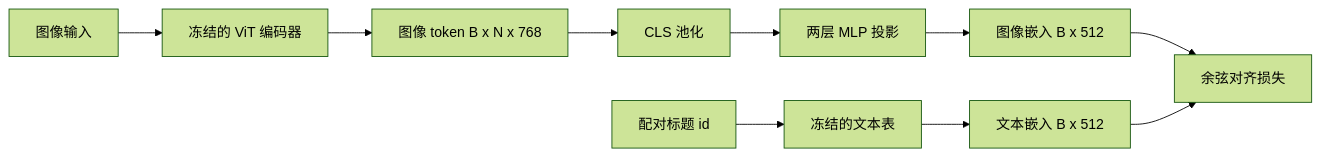
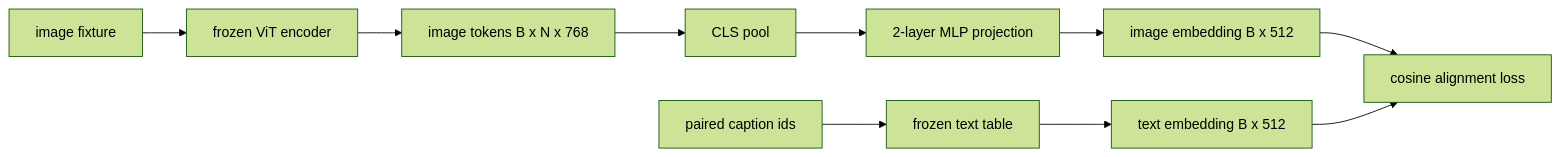
The diagram in i18n/zh/phases/19-capstone-projects/60-projection-layer-modality-align/docs/zh.md (xiaojiaenen/ai-engineering-from-scratch-zh), drawn with Mermaid (forest theme) before and after one commit. The commit also changed other lines of this file and 85 other files, not shown here.

````diff
--- a/i18n/zh/phases/19-capstone-projects/60-projection-layer-modality-align/docs/zh.md
+++ b/i18n/zh/phases/19-capstone-projects/60-projection-layer-modality-align/docs/zh.md
@@ -25,12 +25,12 @@
 ```mermaid
 flowchart LR
-  Image[图像输入] --> Enc[冻结的 ViT 编码器]
-  Enc --> Tok[图像 token B x N x 768]
-  Tok --> Pool[CLS 池化]
-  Pool --> Proj[两层 MLP 投影]
-  Proj --> Img[图像嵌入 B x 512]
-  Caption[配对标题 id] --> Tab[冻结的文本表]
-  Tab --> Txt[文本嵌入 B x 512]
-  Img --> Loss[余弦对齐损失]
+  Image[image fixture] --> Enc[frozen ViT encoder]
+  Enc --> Tok[image tokens B x N x 768]
+  Tok --> Pool[CLS pool]
+  Pool --> Proj[2-layer MLP projection]
+  Proj --> Img[image embedding B x 512]
+  Caption[paired caption ids] --> Tab[frozen text table]
+  Tab --> Txt[text embedding B x 512]
+  Img --> Loss[cosine alignment loss]
   Txt --> Loss
 ```
````
